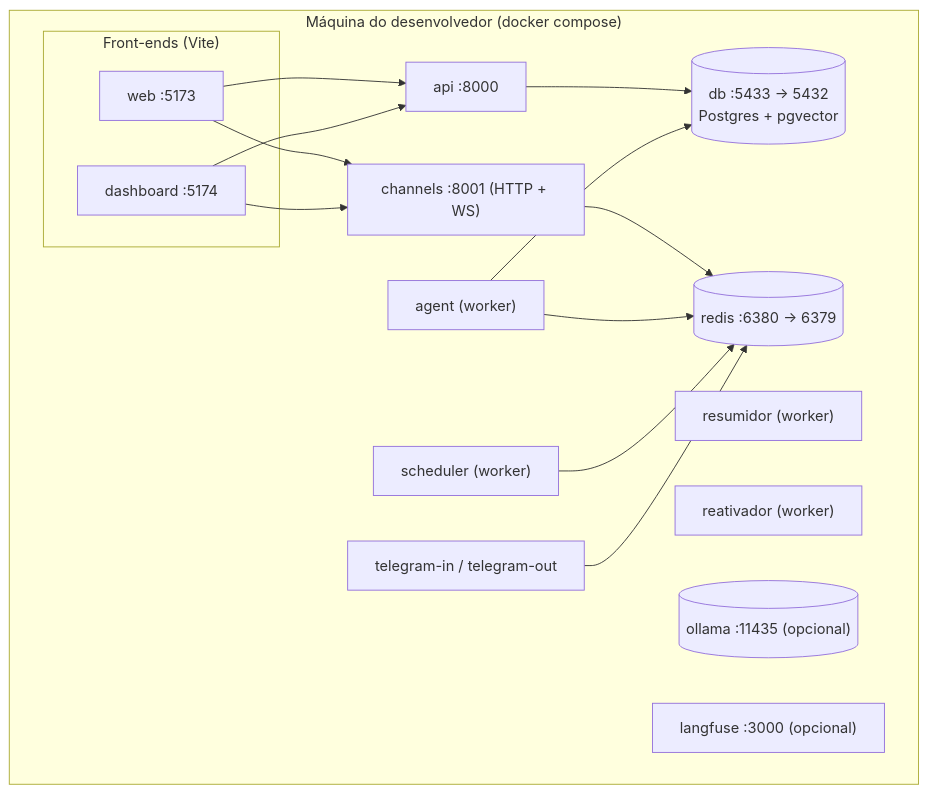
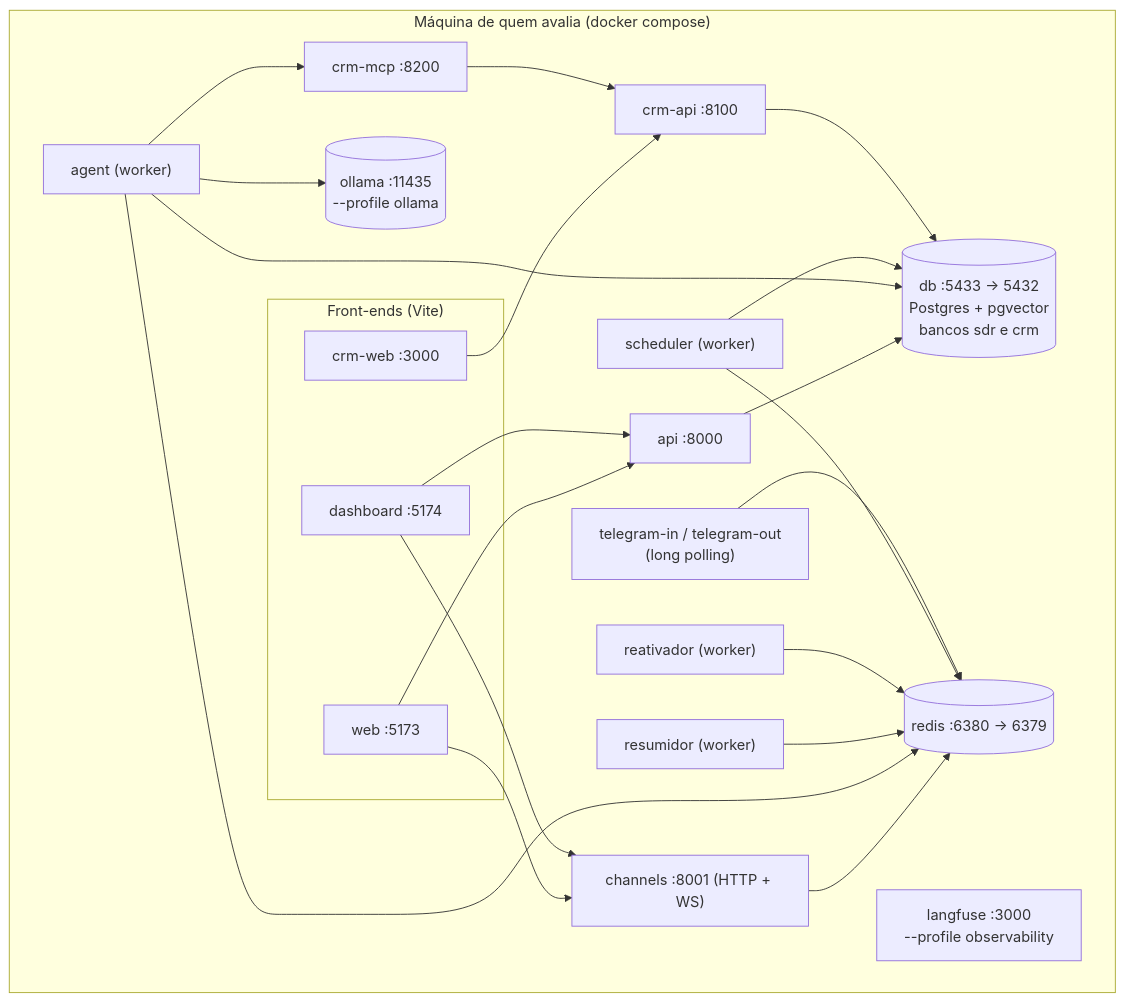
The fourth of 4 diagrams in README.md (marcosvrc/agent-sdr-imoveis-mora), drawn with Mermaid before and after one commit. The commit also changed other lines of this file and 188 other files, not shown here.

````diff
--- a/README.md
+++ b/README.md
@@ -279,30 +291,41 @@
 ```mermaid
 flowchart TB
-  subgraph Host["Máquina do desenvolvedor (docker compose)"]
+  subgraph Host["Máquina de quem avalia (docker compose)"]
     subgraph Front["Front-ends (Vite)"]
       W["web :5173"]
       D["dashboard :5174"]
+      CW["crm-web :3000"]
     end
     A["api :8000"]
     C["channels :8001 (HTTP + WS)"]
     AG["agent (worker)"]
     RS["resumidor (worker)"]
     RT["reativador (worker)"]
     SC["scheduler (worker)"]
-    TI["telegram-in / telegram-out"]
-    PG[("db :5433 → 5432<br/>Postgres + pgvector")]
+    TI["telegram-in / telegram-out<br/>(long polling)"]
+    CA["crm-api :8100"]
+    CM["crm-mcp :8200"]
+    PG[("db :5433 → 5432<br/>Postgres + pgvector<br/>bancos sdr e crm")]
     RD[("redis :6380 → 6379")]
-    OL[("ollama :11435 (opcional)")]
-    LF["langfuse :3000 (opcional)"]
+    OL[("ollama :11435<br/>--profile ollama")]
+    LF["langfuse :3000<br/>--profile observability"]
   end
   W --> A
   W --> C
   D --> A
   D --> C
+  CW --> CA
   A --> PG
   C --> RD
   AG --> RD
   AG --> PG
+  AG --> OL
+  AG --> CM
+  RS --> RD
+  RT --> RD
   SC --> RD
+  SC --> PG
   TI --> RD
+  CM --> CA
+  CA --> PG
 ```
````
